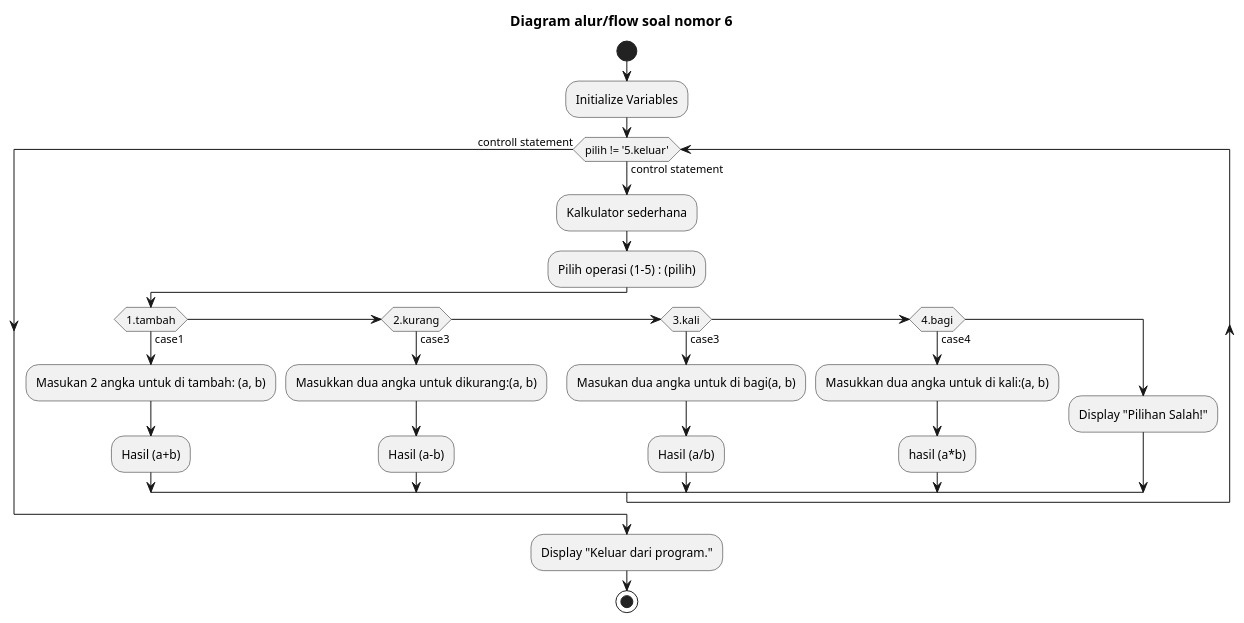
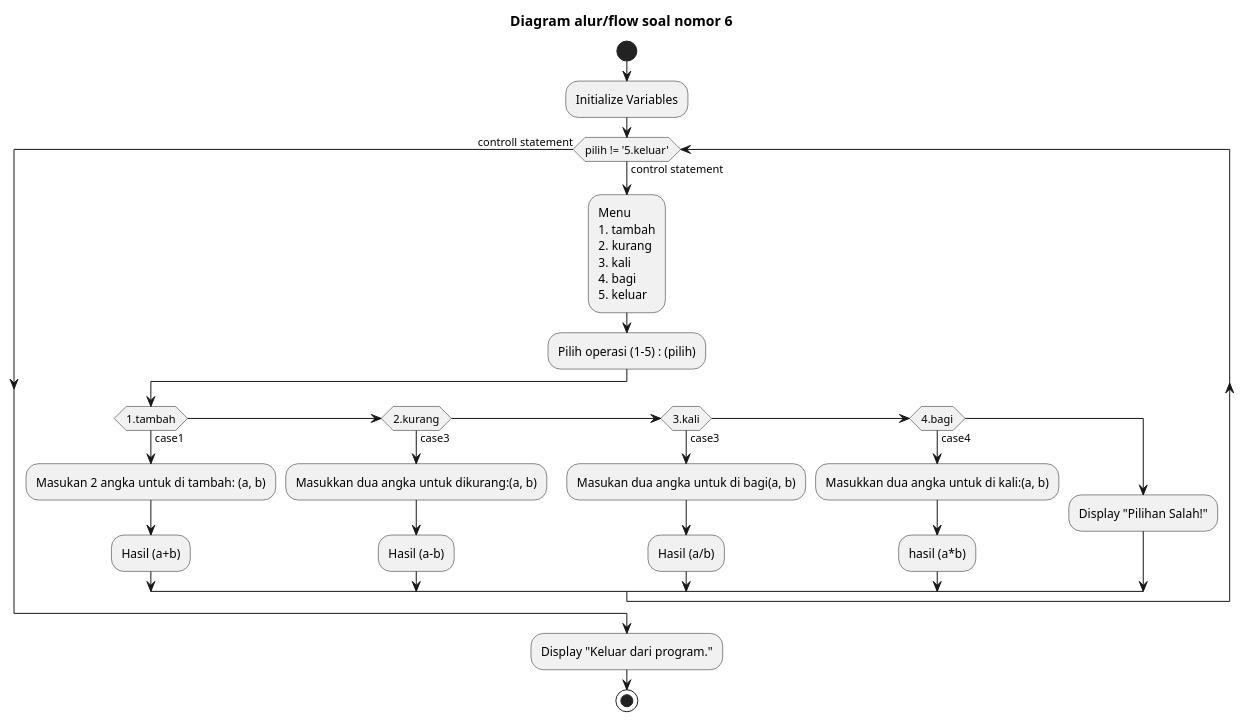
Before and after one commit to dinosaurusjawa/Bahasa-Pemograman: the diagram in UTS/soal6.puml, drawn with PlantUML.

```diff
--- a/UTS/soal6.puml
+++ b/UTS/soal6.puml
@@ -1,27 +1,32 @@
 @startuml soal6.cpp
 
 title Diagram alur/flow soal nomor 6
 start
 :Initialize Variables;
 while (pilih != '5.keluar') is (control statement)
-    :Kalkulator sederhana;
+:Menu
+1. tambah
+2. kurang
+3. kali
+4. bagi
+5. keluar;
     :Pilih operasi (1-5) : (pilih);
 if  (1.tambah) then (case1)
     :Masukan 2 angka untuk di tambah: (a, b);
     :Hasil (a+b);
 else if (2.kurang) then (case3)
     :Masukkan dua angka untuk dikurang:(a, b);
     :Hasil (a-b);
 else if (3.kali) then (case3)
     :Masukan dua angka untuk di bagi(a, b);
     :Hasil (a/b);
 else if (4.bagi) then (case4)
     :Masukkan dua angka untuk di kali:(a, b);
     :hasil (a*b);
 else
     :Display "Pilihan Salah!";
     endif
 endwhile (controll statement)
 :Display "Keluar dari program.";
 stop
 @enduml
```
